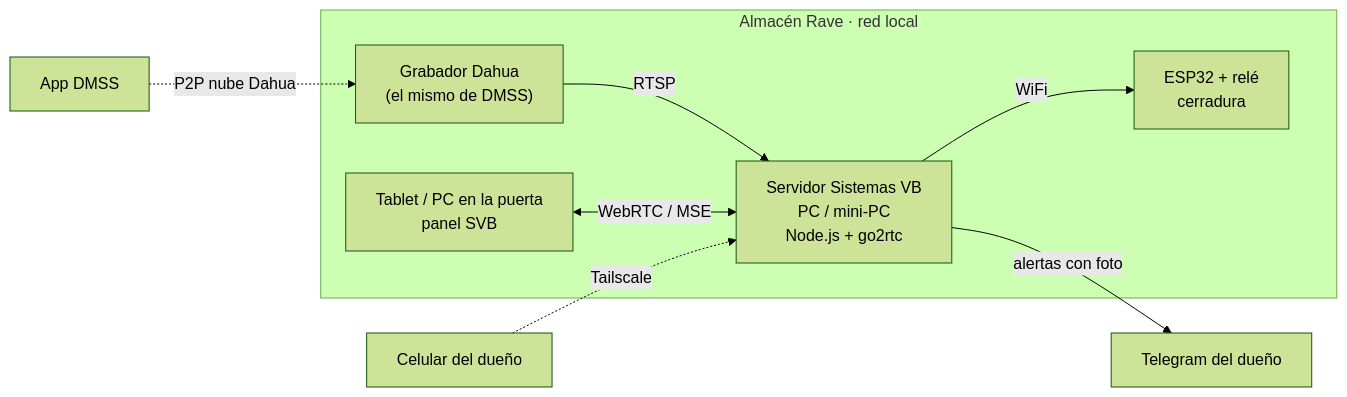
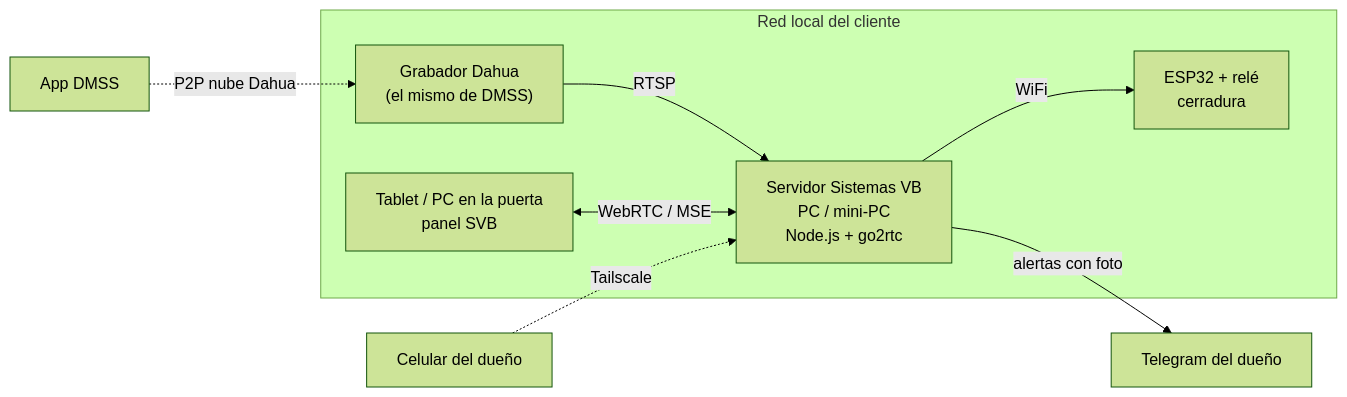
One commit to raveholding/SVBSguridad changed the first of 2 diagrams in README.md. Above: the diagram before and after it, drawn with Mermaid (forest theme). The commit also changed other lines of this file and 34 other files, not shown here.

First line of the commit message:
2.3: frente del portero, video portero, teclado de PC y seguridad (conserva marca y configuración de RAVE) (#5)

````diff
--- a/README.md
+++ b/README.md
@@ -13,11 +35,11 @@
 ```mermaid
 flowchart LR
-  subgraph LAN["Almacén Rave · red local"]
+  subgraph LAN["Red local del cliente"]
     DVR["Grabador Dahua<br/>(el mismo de DMSS)"] -- RTSP --> SRV
     SRV["Servidor Sistemas VB<br/>PC / mini-PC<br/>Node.js + go2rtc"] -- WiFi --> ESP["ESP32 + relé<br/>cerradura"]
     TAB["Tablet / PC en la puerta<br/>panel SVB"] <-- "WebRTC / MSE" --> SRV
   end
   SRV -- "alertas con foto" --> TG["Telegram del dueño"]
   CEL["Celular del dueño"] -. Tailscale .-> SRV
   DMSS["App DMSS"] -. "P2P nube Dahua" .-> DVR
 ```
````
